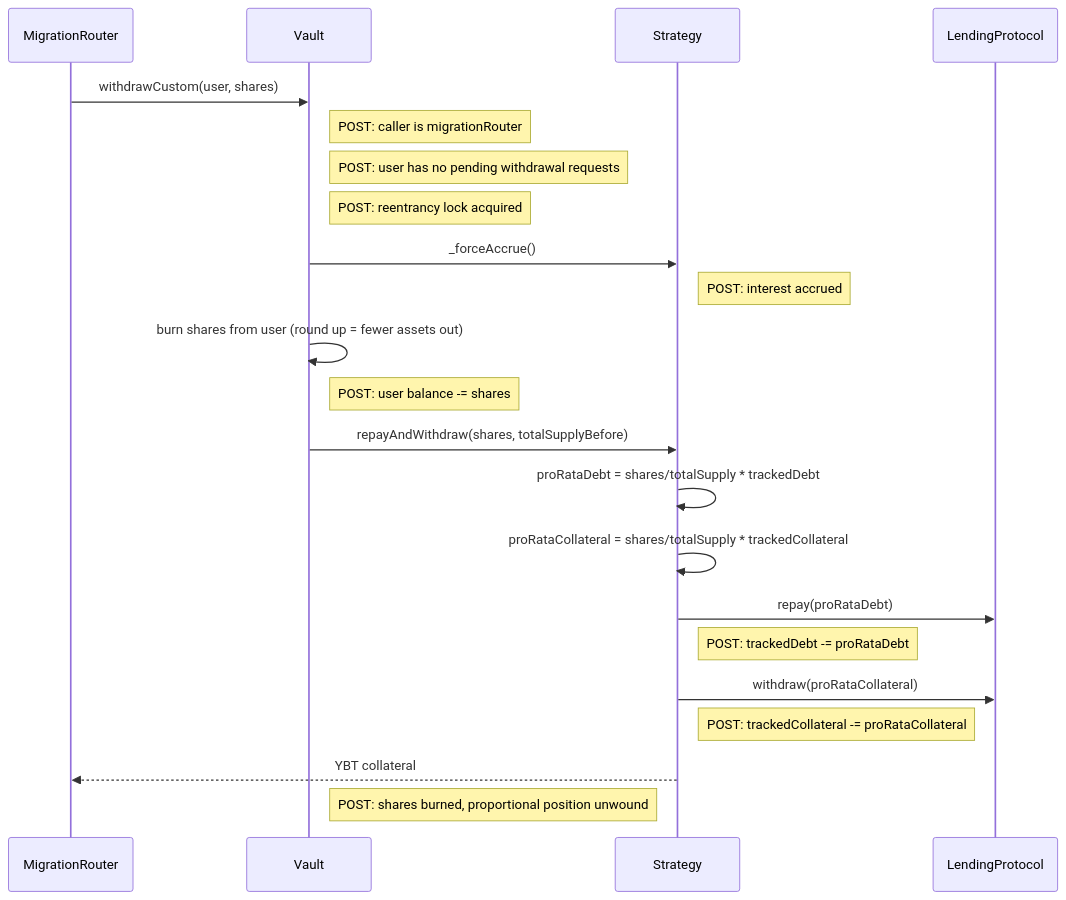
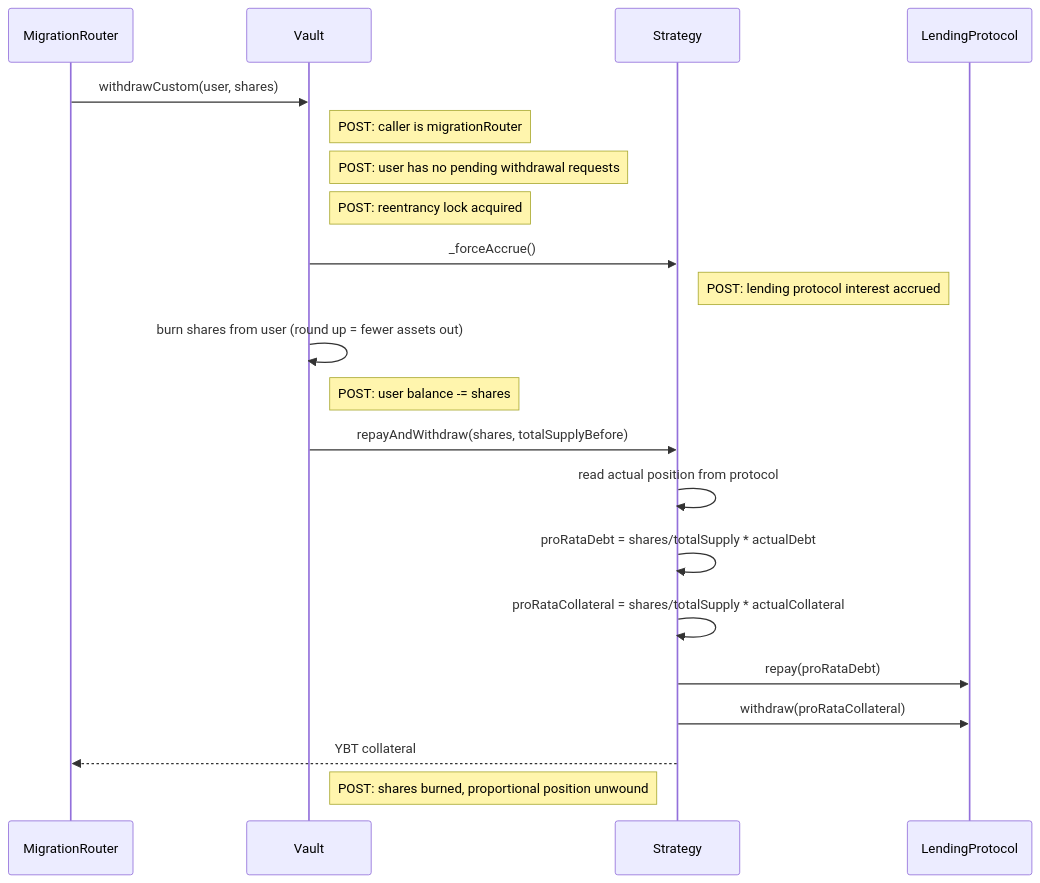
The eighth of 16 diagrams in docs/architecture/call-diagrams.md (evgenynacu/leverage-vaults), drawn with Mermaid before and after one commit. The commit also changed other lines of this file and 9 other files, not shown here.

````diff
--- a/docs/architecture/call-diagrams.md
+++ b/docs/architecture/call-diagrams.md
@@ -163,20 +157,19 @@
 ```mermaid
 sequenceDiagram
     MigrationRouter->>Vault: withdrawCustom(user, shares)
     note right of Vault: POST: caller is migrationRouter
     note right of Vault: POST: user has no pending withdrawal requests
     note right of Vault: POST: reentrancy lock acquired
     Vault->>Strategy: _forceAccrue()
-    note right of Strategy: POST: interest accrued
+    note right of Strategy: POST: lending protocol interest accrued
     Vault->>Vault: burn shares from user (round up = fewer assets out)
     note right of Vault: POST: user balance -= shares
     Vault->>Strategy: repayAndWithdraw(shares, totalSupplyBefore)
-    Strategy->>Strategy: proRataDebt = shares/totalSupply * trackedDebt
-    Strategy->>Strategy: proRataCollateral = shares/totalSupply * trackedCollateral
+    Strategy->>Strategy: read actual position from protocol
+    Strategy->>Strategy: proRataDebt = shares/totalSupply * actualDebt
+    Strategy->>Strategy: proRataCollateral = shares/totalSupply * actualCollateral
     Strategy->>LendingProtocol: repay(proRataDebt)
-    note right of Strategy: POST: trackedDebt -= proRataDebt
     Strategy->>LendingProtocol: withdraw(proRataCollateral)
-    note right of Strategy: POST: trackedCollateral -= proRataCollateral
     Strategy-->>MigrationRouter: YBT collateral
     note right of Vault: POST: shares burned, proportional position unwound
 ```
````
